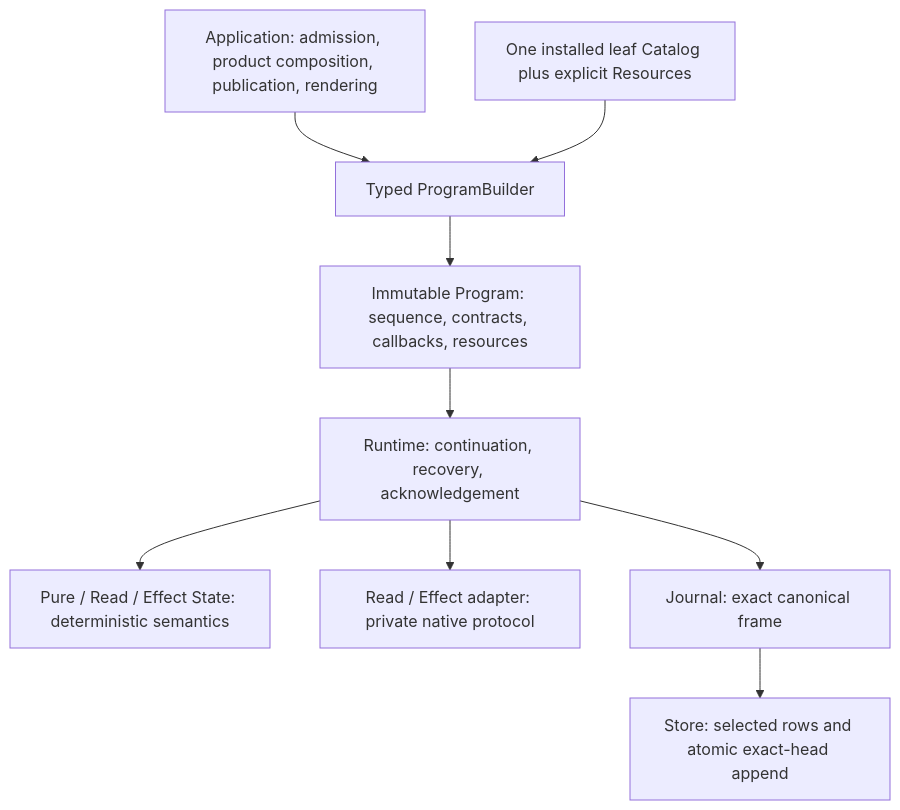
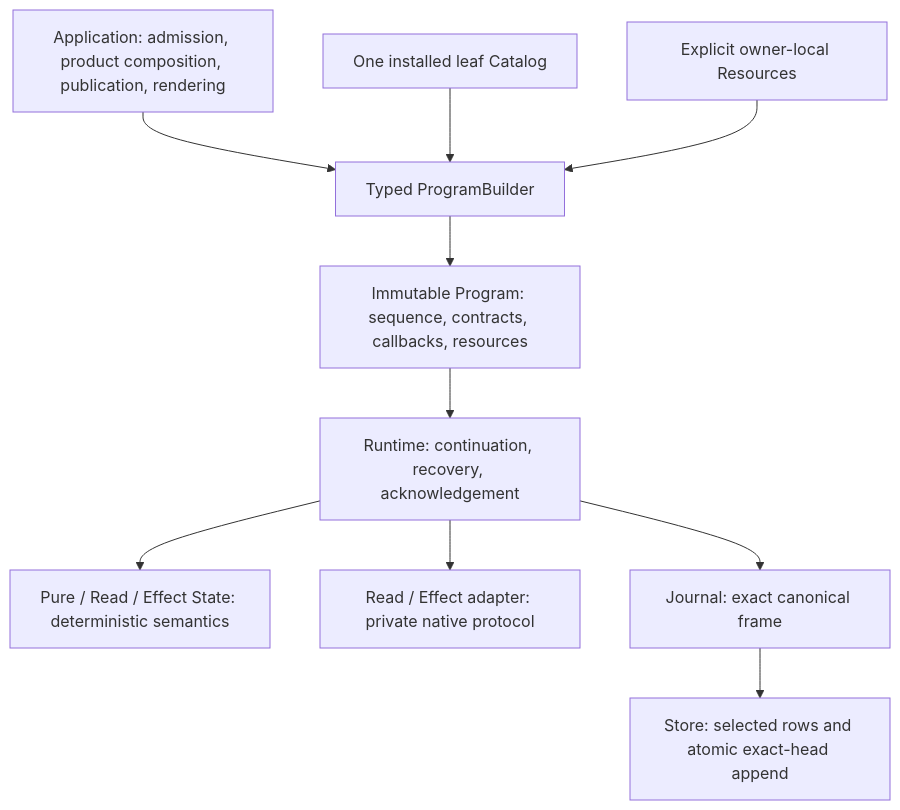
The diagram in RFC_REFACTOR_SIMPLIFICATION.md (willyrgf/mfm), drawn with Mermaid before and after one commit. The commit also changed other lines of this file, not shown here.

````diff
--- a/RFC_REFACTOR_SIMPLIFICATION.md
+++ b/RFC_REFACTOR_SIMPLIFICATION.md
@@ -205,20 +205,22 @@
 ```mermaid
 flowchart TD
     App[Application: admission, product composition, publication, rendering]
-    Catalog[One installed leaf Catalog plus explicit Resources]
+    Catalog[One installed leaf Catalog]
+    Resources[Explicit owner-local Resources]
     Builder[Typed ProgramBuilder]
     Program[Immutable Program: sequence, contracts, callbacks, resources]
     Runtime[Runtime: continuation, recovery, acknowledgement]
     State[Pure / Read / Effect State: deterministic semantics]
     Adapter[Read / Effect adapter: private native protocol]
     Journal[Journal: exact canonical frame]
     Store[Store: selected rows and atomic exact-head append]
     App --> Builder
     Catalog --> Builder
+    Resources --> Builder
     Builder --> Program
     Program --> Runtime
     Runtime --> State
     Runtime --> Adapter
     Runtime --> Journal
     Journal --> Store
 ```
````
